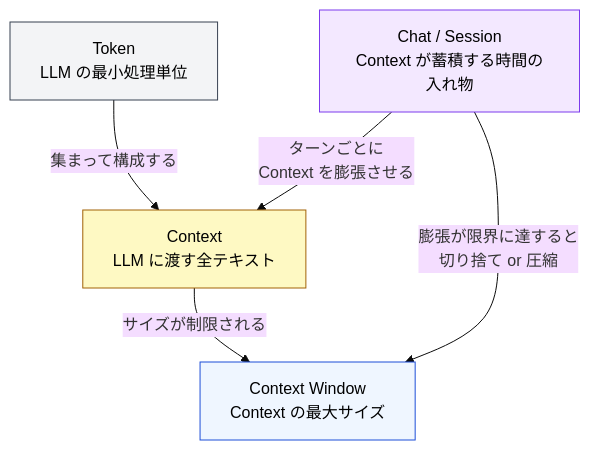
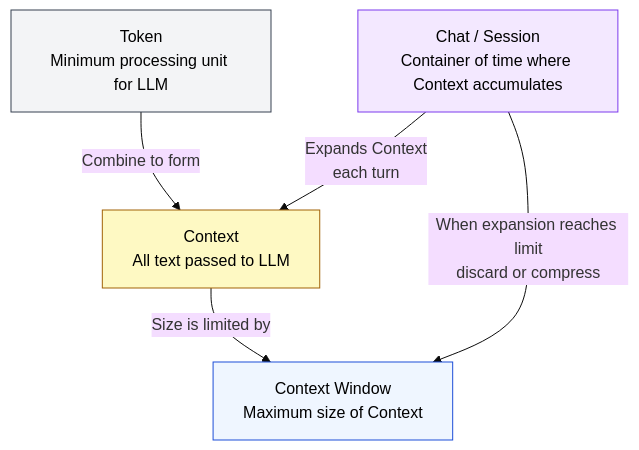
The first of 3 diagrams in docs/02-context-window/chat-session.md (shuji-bonji/understanding-llm-through-claude-code), drawn with Mermaid (base theme) before and after one commit. The commit also changed other lines of this file and 100 other files, not shown here.

````diff
--- a/docs/02-context-window/chat-session.md
+++ b/docs/02-context-window/chat-session.md
@@ -27,17 +29,17 @@
 ```mermaid
 graph TD
-    TOKEN["Token<br>LLM の最小処理単位"]
-    CONTEXT["Context<br>LLM に渡す全テキスト"]
-    CW["Context Window<br>Context の最大サイズ"]
-    CHAT["Chat / Session<br>Context が蓄積する時間の入れ物"]
+    TOKEN["Token<br>Minimum processing unit for LLM"]
+    CONTEXT["Context<br>All text passed to LLM"]
+    CW["Context Window<br>Maximum size of Context"]
+    CHAT["Chat / Session<br>Container of time where Context accumulates"]
 
-    TOKEN -->|"集まって構成する"| CONTEXT
-    CONTEXT -->|"サイズが制限される"| CW
-    CHAT -->|"ターンごとに<br>Context を膨張させる"| CONTEXT
-    CHAT -->|"膨張が限界に達すると<br>切り捨て or 圧縮"| CW
+    TOKEN -->|"Combine to form"| CONTEXT
+    CONTEXT -->|"Size is limited by"| CW
+    CHAT -->|"Expands Context<br>each turn"| CONTEXT
+    CHAT -->|"When expansion reaches limit<br>discard or compress"| CW
 
     style TOKEN fill:#f3f4f6,stroke:#374151,color:#000
     style CONTEXT fill:#fef9c3,stroke:#a16207,color:#000
     style CW fill:#eff6ff,stroke:#1d4ed8,color:#000
     style CHAT fill:#f3e8ff,stroke:#7c3aed,color:#000
 ```
````
